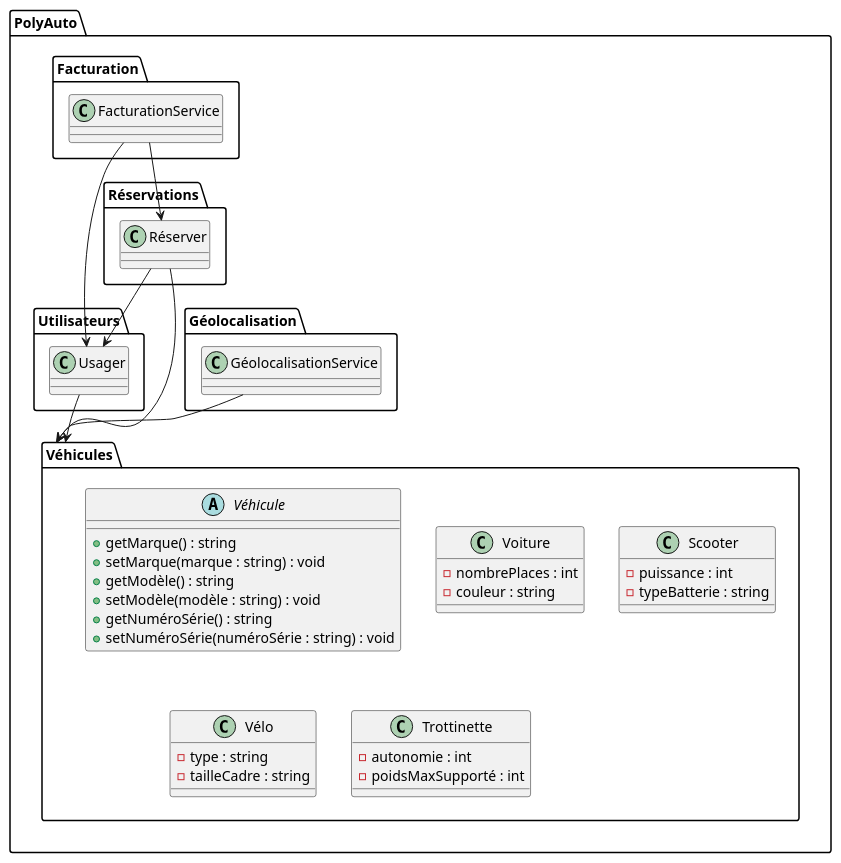
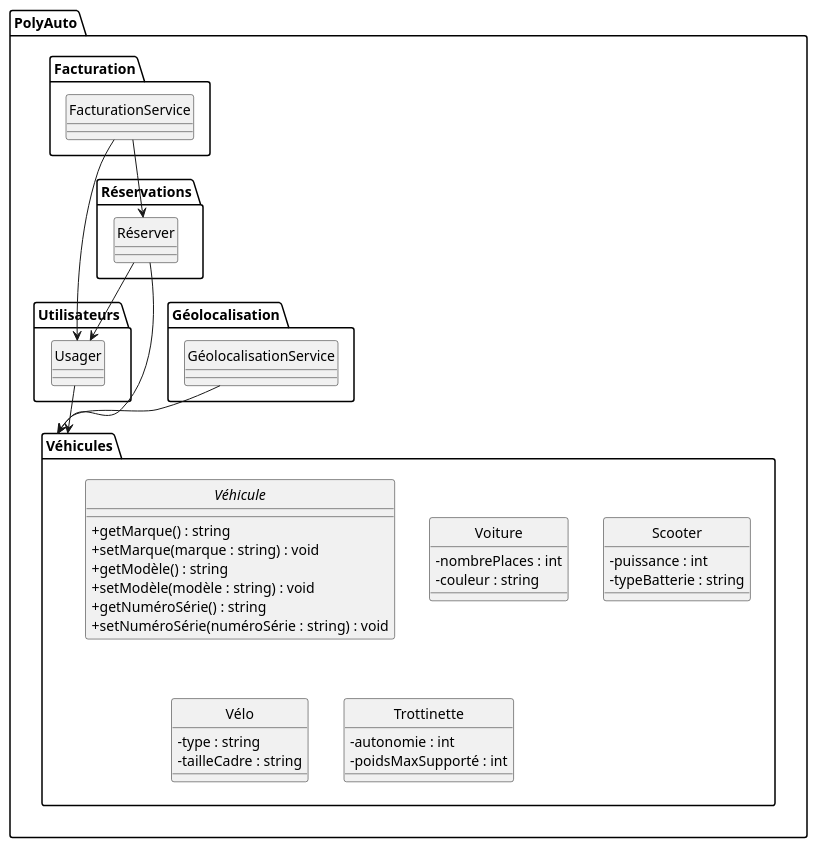
The diagram in plant_uml/exempleDiagPaquet.plantuml (gigl-uml/Guide_uml_polymtl), drawn with PlantUML before and after one commit. The commit also changed 5 other files, not shown here.

Commit message:
clean diagrams

```diff
--- a/plant_uml/exempleDiagPaquet.plantuml
+++ b/plant_uml/exempleDiagPaquet.plantuml
@@ -1,49 +1,55 @@
 @startuml
 package "PolyAuto" {
+    skinparam classAttributeIconSize 0
     package "Utilisateurs" {
+        hide circle
         class Usager
     }
     package "Véhicules" {
         abstract class Véhicule {
             + getMarque() : string
             + setMarque(marque : string) : void
             + getModèle() : string
             + setModèle(modèle : string) : void
             + getNuméroSérie() : string
             + setNuméroSérie(numéroSérie : string) : void
         }
+        hide circle
         class Voiture {
             - nombrePlaces : int
             - couleur : string
         }
         class Scooter {
             - puissance : int
             - typeBatterie : string
         }
         class Vélo {
             - type : string
             - tailleCadre : string
         }
         class Trottinette {
             - autonomie : int
             - poidsMaxSupporté : int
         }
     }
     package "Réservations" {
+        hide circle
         class Réserver
     }
     package "Géolocalisation" {
+        hide circle
         class GéolocalisationService
     }
     package "Facturation" {
+        hide circle
         class FacturationService
     }
     
     Usager --> Véhicules
     Réserver --> Usager
     Réserver --> Véhicules
     GéolocalisationService --> Véhicules
     FacturationService --> Usager
     FacturationService --> Réserver
 }
 @enduml
```
